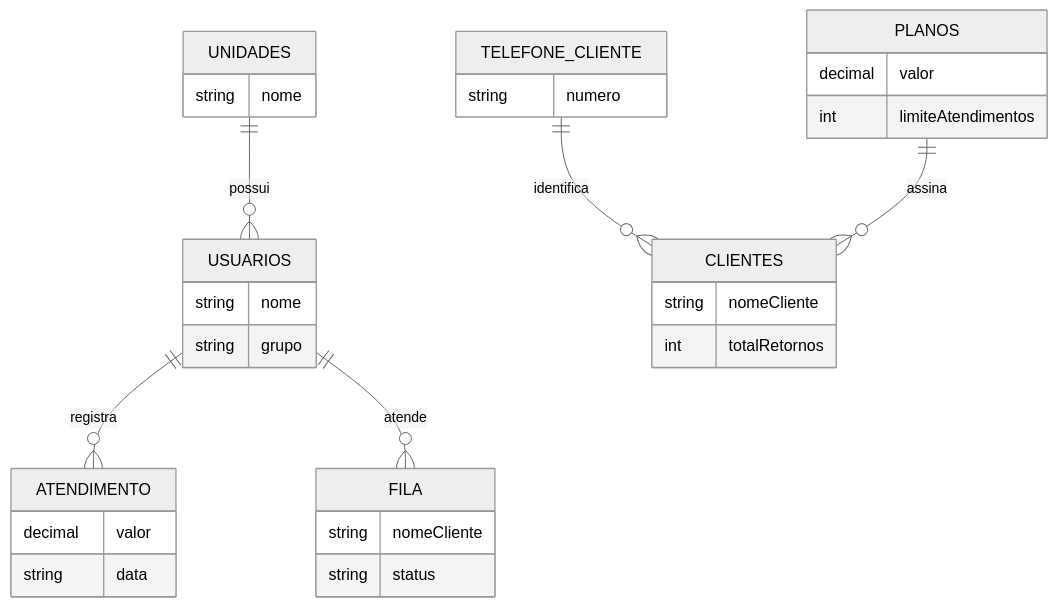
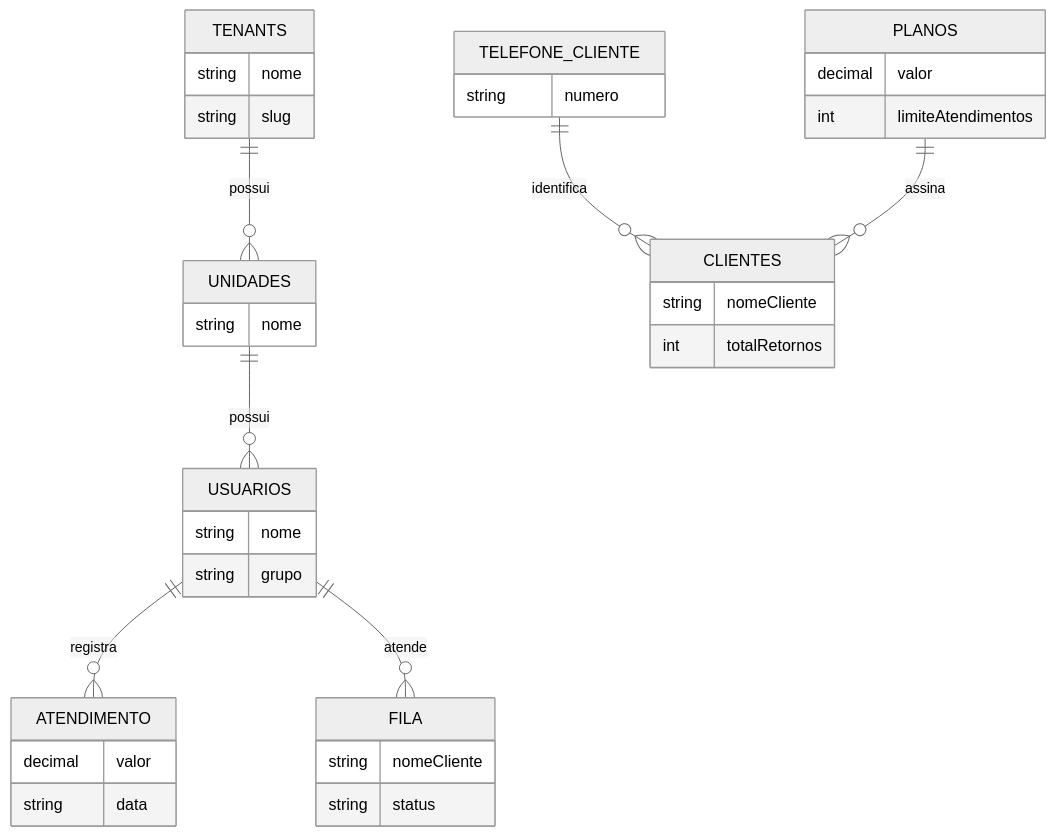
The second of 2 diagrams in backend/README.md (Thalles-Nascimento/zenix-app), drawn with Mermaid (neutral theme) before and after one commit. The commit also changed other lines of this file, not shown here.

````diff
--- a/backend/README.md
+++ b/backend/README.md
@@ -64,35 +66,40 @@
 ```mermaid
 erDiagram
+    TENANTS ||--o{ UNIDADES : possui
     UNIDADES ||--o{ USUARIOS : possui
     USUARIOS ||--o{ ATENDIMENTO : registra
     USUARIOS ||--o{ FILA : atende
     TELEFONE_CLIENTE ||--o{ CLIENTES : identifica
     PLANOS ||--o{ CLIENTES : assina
 
+    TENANTS {
+        string nome
+        string slug
+    }
     UNIDADES {
         string nome
     }
     USUARIOS {
         string nome
         string grupo
     }
     CLIENTES {
         string nomeCliente
         int totalRetornos
     }
     TELEFONE_CLIENTE {
         string numero
     }
     ATENDIMENTO {
         decimal valor
         string data
     }
     FILA {
         string nomeCliente
         string status
     }
     PLANOS {
         decimal valor
         int limiteAtendimentos
     }
 ```
````
